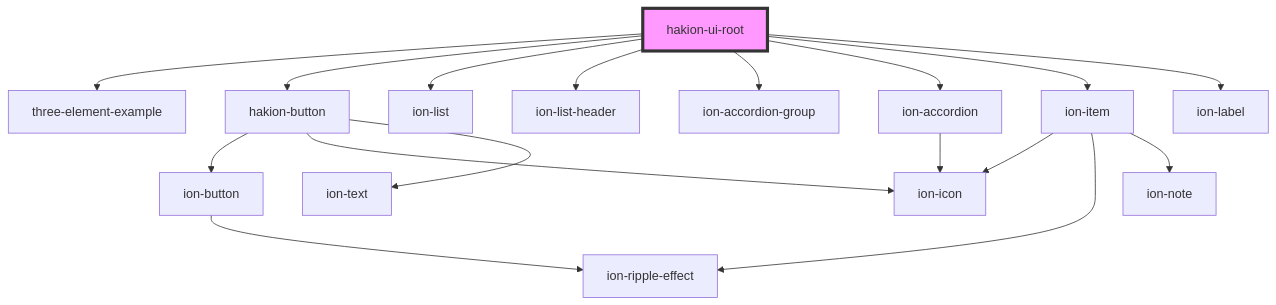
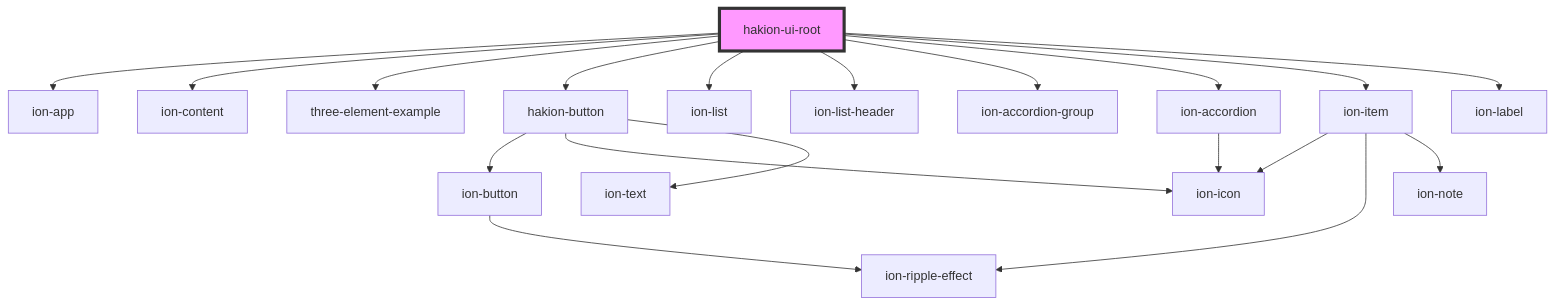
One commit to Hakkei-Co/nub-ui changed the diagram in src/components/hakion-ui-root/readme.md. Above: the diagram before and after it, drawn with Mermaid. The commit also changed other lines of this file and 19 other files, not shown here.

````diff
--- a/src/components/hakion-ui-root/readme.md
+++ b/src/components/hakion-ui-root/readme.md
@@ -22,20 +24,22 @@
 ```mermaid
 graph TD;
+  hakion-ui-root --> ion-app
+  hakion-ui-root --> ion-content
   hakion-ui-root --> three-element-example
   hakion-ui-root --> hakion-button
   hakion-ui-root --> ion-list
   hakion-ui-root --> ion-list-header
   hakion-ui-root --> ion-accordion-group
   hakion-ui-root --> ion-accordion
   hakion-ui-root --> ion-item
   hakion-ui-root --> ion-label
   hakion-button --> ion-button
   hakion-button --> ion-icon
   hakion-button --> ion-text
   ion-button --> ion-ripple-effect
   ion-accordion --> ion-icon
   ion-item --> ion-icon
   ion-item --> ion-ripple-effect
   ion-item --> ion-note
   style hakion-ui-root fill:#f9f,stroke:#333,stroke-width:4px
 ```
````
